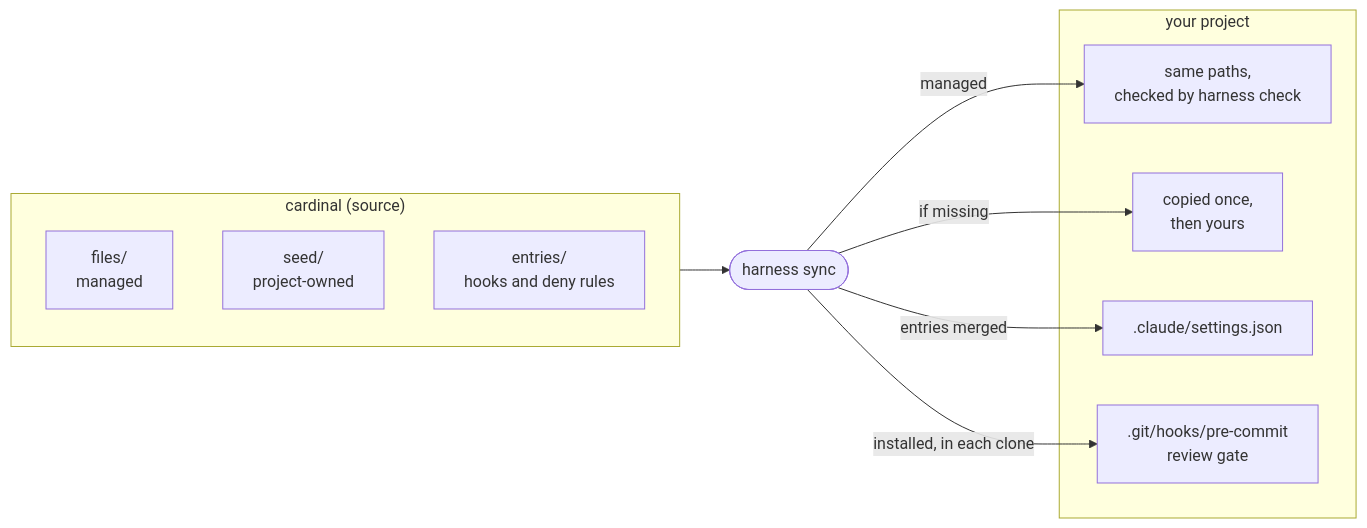
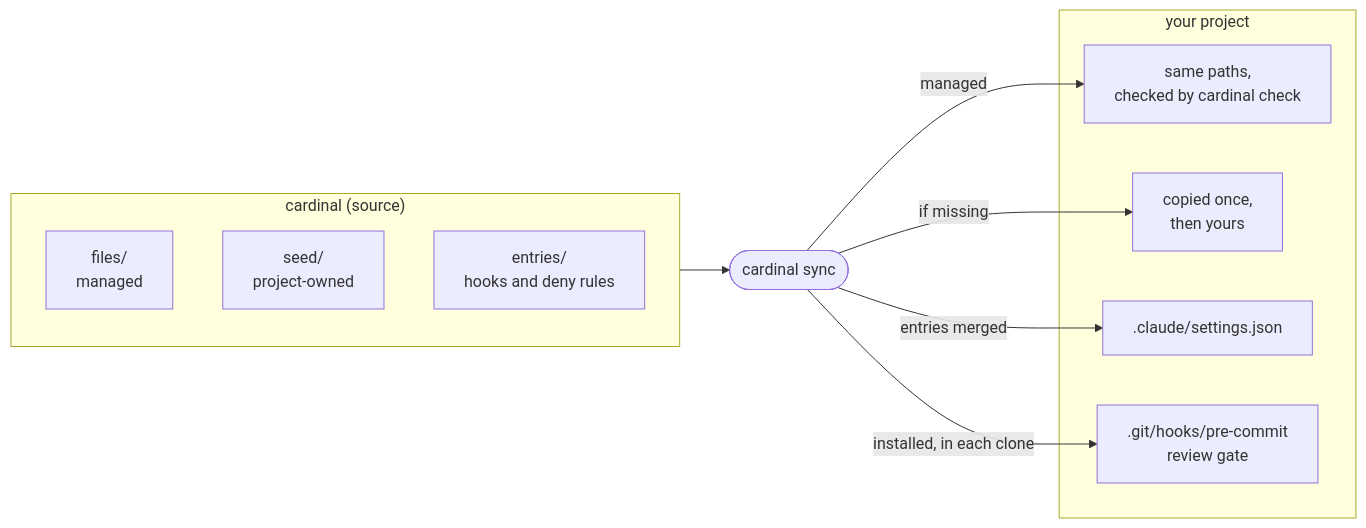
Before and after one commit to Electron-libre/agent-harness: the first of 2 diagrams in README.md, drawn with Mermaid. The commit also changed other lines of this file and 73 other files, not shown here.

````diff
--- a/README.md
+++ b/README.md
@@ -18,20 +18,20 @@
 ```mermaid
 flowchart LR
   subgraph source["cardinal (source)"]
     files["files/<br/>managed"]
     seed["seed/<br/>project-owned"]
     entries["entries/<br/>hooks and deny rules"]
   end
-  sync(["harness sync"])
+  sync(["cardinal sync"])
   subgraph project["your project"]
-    copies["same paths,<br/>checked by harness check"]
+    copies["same paths,<br/>checked by cardinal check"]
     owned["copied once,<br/>then yours"]
     settings[".claude/settings.json"]
     gate[".git/hooks/pre-commit<br/>review gate"]
   end
   source --> sync
   sync -->|managed| copies
   sync -->|if missing| owned
   sync -->|entries merged| settings
   sync -->|"installed, in each clone"| gate
 ```
````
